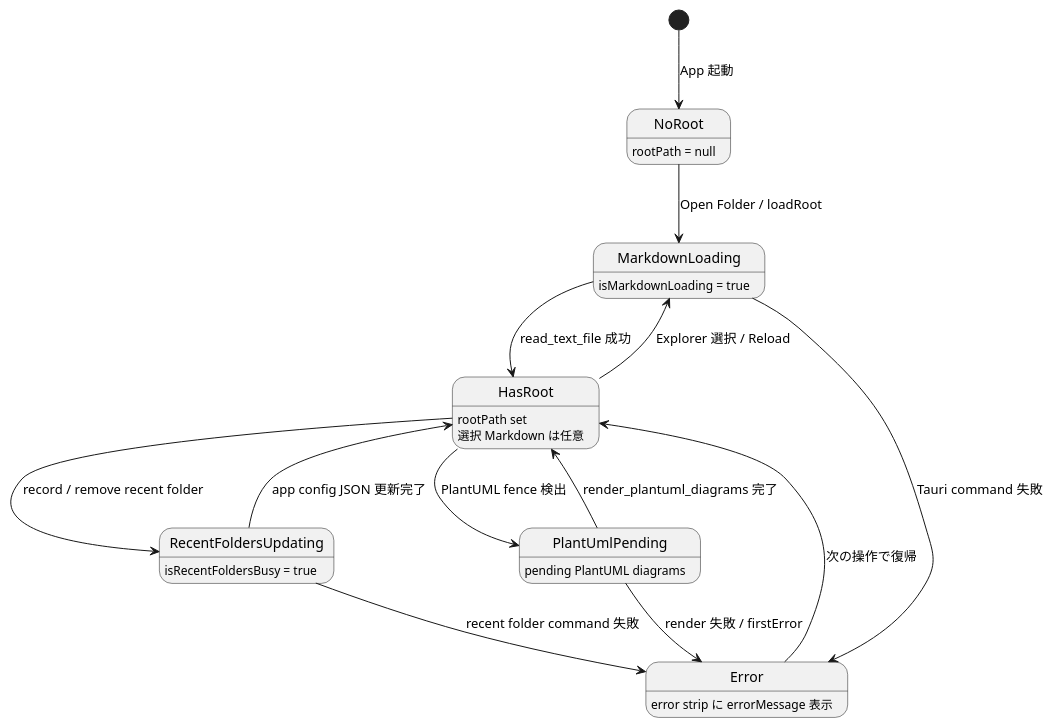
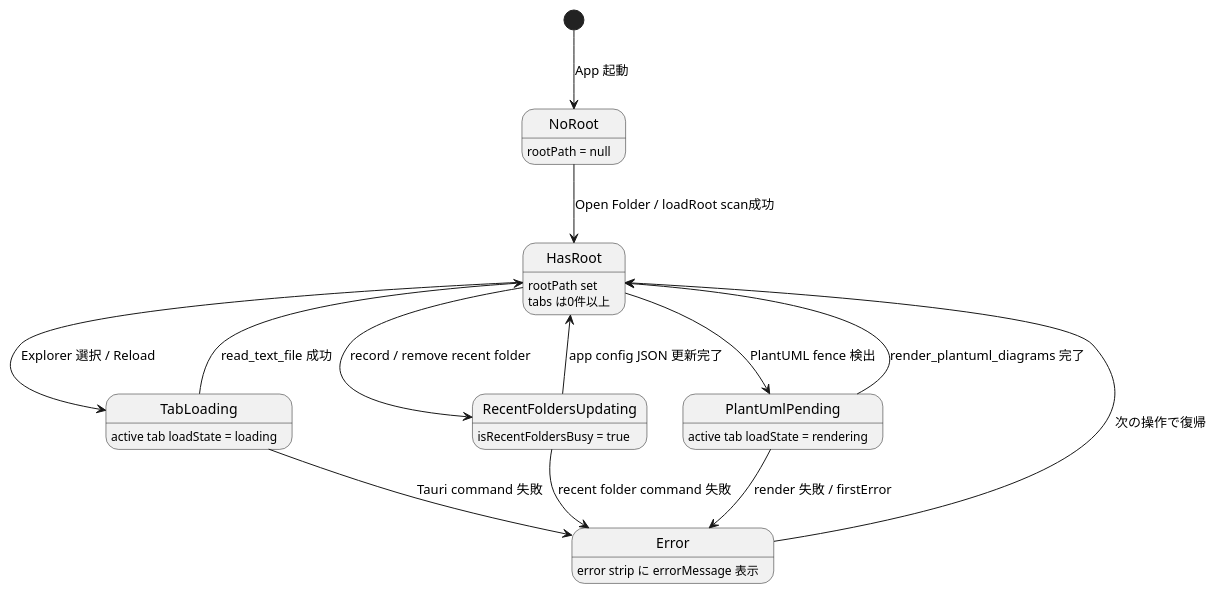
One commit to an-embedded-engineer/MarkdownViewer changed the third of 3 diagrams in docs/components/tauri_viewer/basic_design.md. Above: the diagram before and after it, drawn with PlantUML. The commit also changed other lines of this file and 8 other files, not shown here.

Commit message:
Phase 3 implement Tauri multi-tab core

````diff
--- a/docs/components/tauri_viewer/basic_design.md
+++ b/docs/components/tauri_viewer/basic_design.md
@@ -150,26 +163,26 @@
 ```plantuml
 @startuml
 skinparam shadowing false
 
 [*] --> NoRoot : App 起動
 
 state NoRoot : rootPath = null
-state HasRoot : rootPath set\n選択 Markdown は任意
-state MarkdownLoading : isMarkdownLoading = true
+state HasRoot : rootPath set\ntabs は0件以上
+state TabLoading : active tab loadState = loading
 state RecentFoldersUpdating : isRecentFoldersBusy = true
-state PlantUmlPending : pending PlantUML diagrams
+state PlantUmlPending : active tab loadState = rendering
 state Error : error strip に errorMessage 表示
 
-NoRoot --> MarkdownLoading : Open Folder / loadRoot
-HasRoot --> MarkdownLoading : Explorer 選択 / Reload
-MarkdownLoading --> HasRoot : read_text_file 成功
-MarkdownLoading --> Error : Tauri command 失敗
+NoRoot --> HasRoot : Open Folder / loadRoot scan成功
+HasRoot --> TabLoading : Explorer 選択 / Reload
+TabLoading --> HasRoot : read_text_file 成功
+TabLoading --> Error : Tauri command 失敗
 HasRoot --> RecentFoldersUpdating : record / remove recent folder
 RecentFoldersUpdating --> HasRoot : app config JSON 更新完了
 RecentFoldersUpdating --> Error : recent folder command 失敗
 HasRoot --> PlantUmlPending : PlantUML fence 検出
 PlantUmlPending --> HasRoot : render_plantuml_diagrams 完了
 PlantUmlPending --> Error : render 失敗 / firstError
 Error --> HasRoot : 次の操作で復帰
 @enduml
 ```
````
